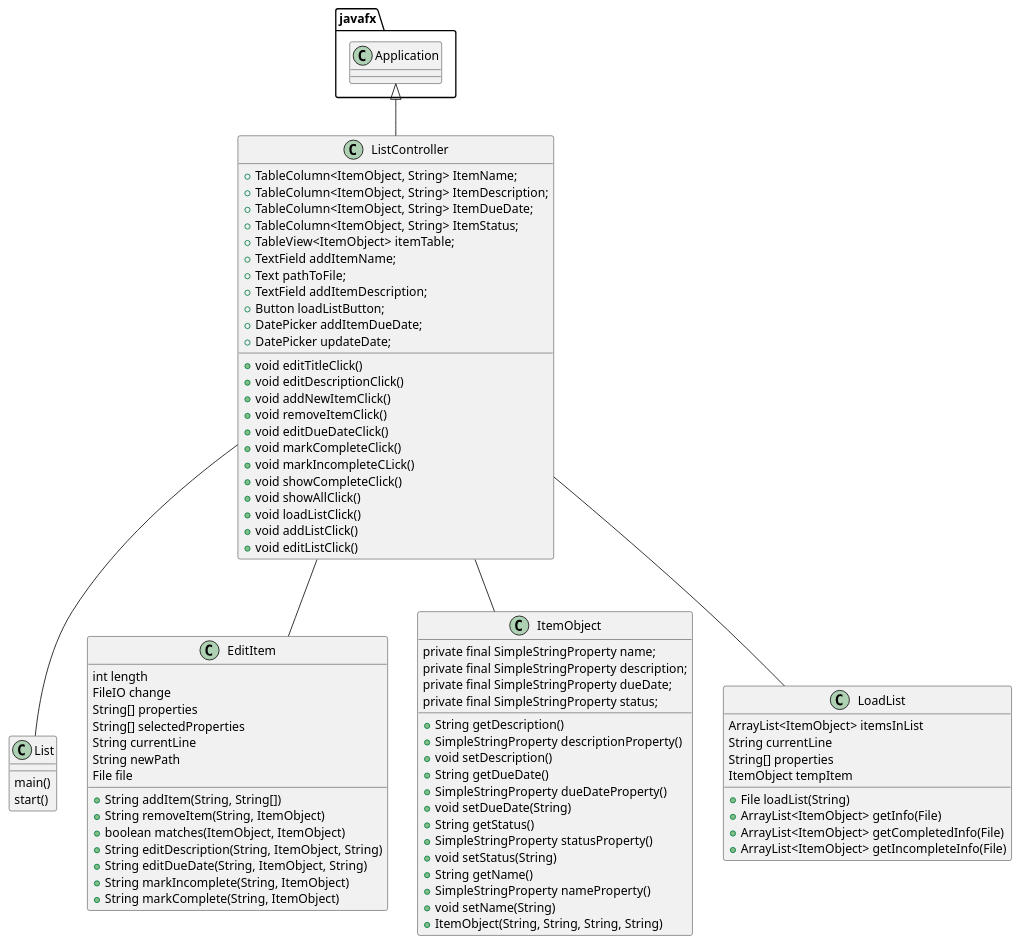
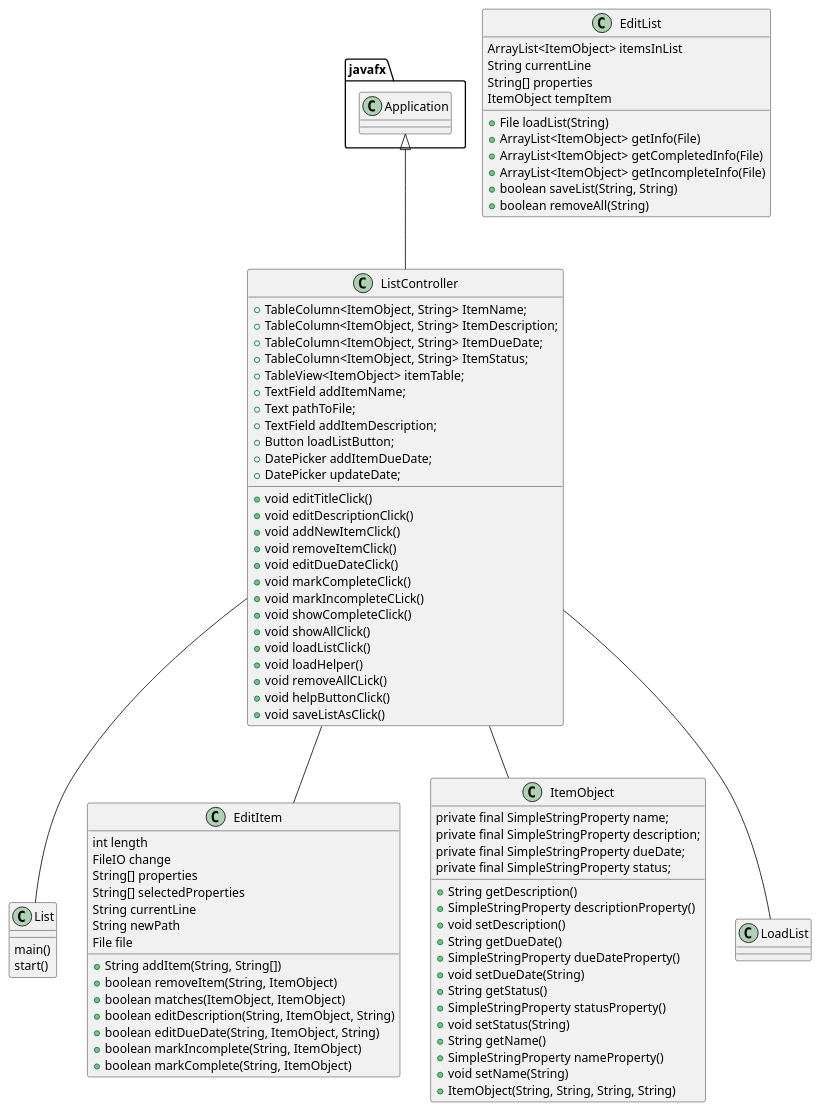
The diagram in uml/List.puml (MicahPB01/Puccio-Ball-cop3330-assignment4part2), drawn with PlantUML before and after one commit. The commit also changed 5 other files, not shown here.

```diff
--- a/uml/List.puml
+++ b/uml/List.puml
@@ -1,95 +1,98 @@
 @startuml
 'https://plantuml.com/sequence-diagram
 
 class List{
     main()
     start()
 
 }
 class ListController{
 +TableColumn<ItemObject, String> ItemName;
 +TableColumn<ItemObject, String> ItemDescription;
 +TableColumn<ItemObject, String> ItemDueDate;
 +TableColumn<ItemObject, String> ItemStatus;
 +TableView<ItemObject> itemTable;
 +TextField addItemName;
 +Text pathToFile;
 +TextField addItemDescription;
 +Button loadListButton;
 +DatePicker addItemDueDate;
 +DatePicker updateDate;
 +void editTitleClick()
 +void editDescriptionClick()
 +void addNewItemClick()
 +void removeItemClick()
 +void editDueDateClick()
 +void markCompleteClick()
 +void markIncompleteCLick()
 +void showCompleteClick()
 +void showAllClick()
 +void loadListClick()
-+void addListClick()
-+void editListClick()
++void loadHelper()
++void removeAllCLick()
++void helpButtonClick()
++void saveListAsClick()
 }
 
 class EditItem{
 int length
 FileIO change
 String[] properties
 String[] selectedProperties
 String currentLine
 String newPath
 File file
 +String addItem(String, String[])
-+String removeItem(String, ItemObject)
++boolean removeItem(String, ItemObject)
 +boolean matches(ItemObject, ItemObject)
-+String editDescription(String, ItemObject, String)
-+String editDueDate(String, ItemObject, String)
-+String markIncomplete(String, ItemObject)
-+String markComplete(String, ItemObject)
++boolean editDescription(String, ItemObject, String)
++boolean editDueDate(String, ItemObject, String)
++boolean markIncomplete(String, ItemObject)
++boolean markComplete(String, ItemObject)
 }
 
 class ItemObject{
     private final SimpleStringProperty name;
     private final SimpleStringProperty description;
     private final SimpleStringProperty dueDate;
     private final SimpleStringProperty status;
     +String getDescription()
     +SimpleStringProperty descriptionProperty()
     +void setDescription()
     +String getDueDate()
     +SimpleStringProperty dueDateProperty()
     +void setDueDate(String)
     +String getStatus()
     +SimpleStringProperty statusProperty()
     +void setStatus(String)
     +String getName()
     +SimpleStringProperty nameProperty()
     +void setName(String)
     +ItemObject(String, String, String, String)
 }
 
-class LoadList{
+class EditList{
     ArrayList<ItemObject> itemsInList
     String currentLine
     String[] properties
     ItemObject tempItem
     +File loadList(String)
     +ArrayList<ItemObject> getInfo(File)
     +ArrayList<ItemObject> getCompletedInfo(File)
     +ArrayList<ItemObject> getIncompleteInfo(File)
-
+    +boolean saveList(String, String)
+    +boolean removeAll(String)
 }
 
 
 
 javafx.Application <|-- ListController
 
 ListController -- List
 ListController -- EditItem
 ListController -- ItemObject
 ListController -- LoadList
 
 
 
 @enduml
```
